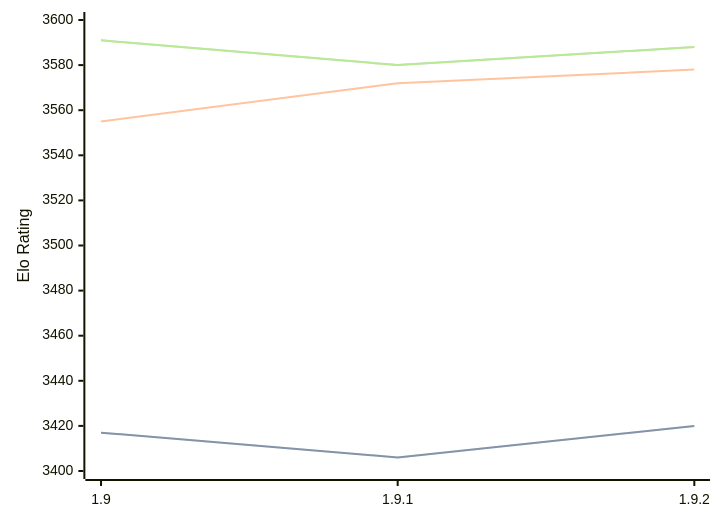
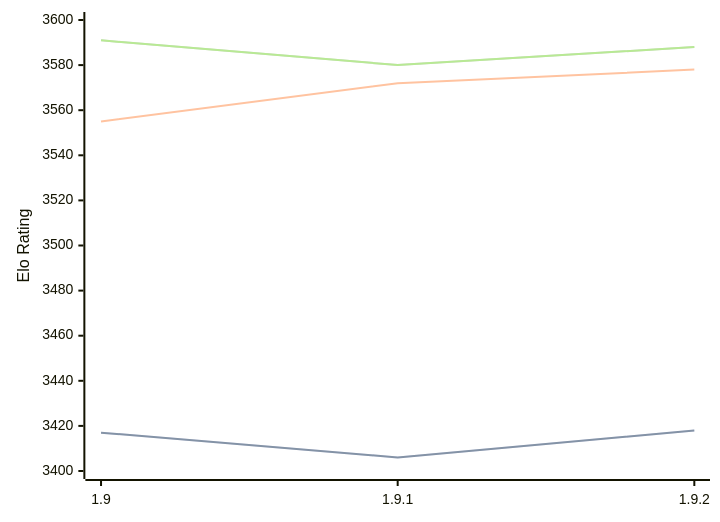
The diagram in engines/Pawnocchio.md (computer-chess-index/cci), drawn with Mermaid before and after one commit. The commit also changed other lines of this file, not shown here.

Commit message:
Update CCI Ratings (ELO VLTC) - 2026-03-06

````diff
--- a/engines/Pawnocchio.md
+++ b/engines/Pawnocchio.md
@@ -46,11 +46,11 @@
 ```mermaid
 %%{init: {"theme":"base","themeVariables":{"seriesColors:['#a3a3a3','#222221','#faa371']}}}%%
 xychart-beta
   x-axis ["1.9", "1.9.1", "1.9.2"]
   y-axis "Elo Rating" 3400 --> 3600
-  line "STC (8.0+0.08s)" [3417, 3406, 3420]
-  line "STC (8.0+0.08s)" [3417, 3406, 3420]
+  line "STC (8.0+0.08s)" [3417, 3406, 3418]
+  line "STC (8.0+0.08s)" [3417, 3406, 3418]
   line "LTC (60.0+0.60s)" [3555, 3572, 3578]
   line "VLTC (2m24s+1.12s)" [3591, 3580, 3588]
   line "VLTC (2m24s+1.12s)" [3591, 3580, 3588]
 ```
````
